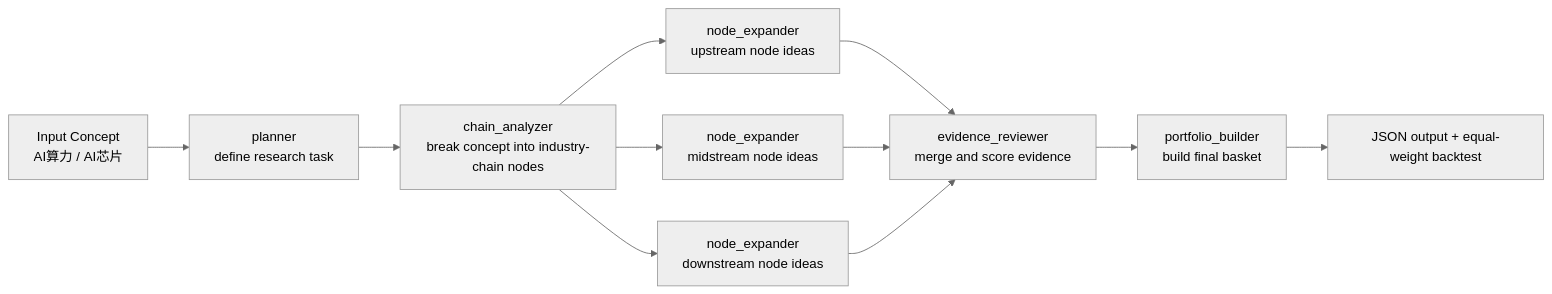
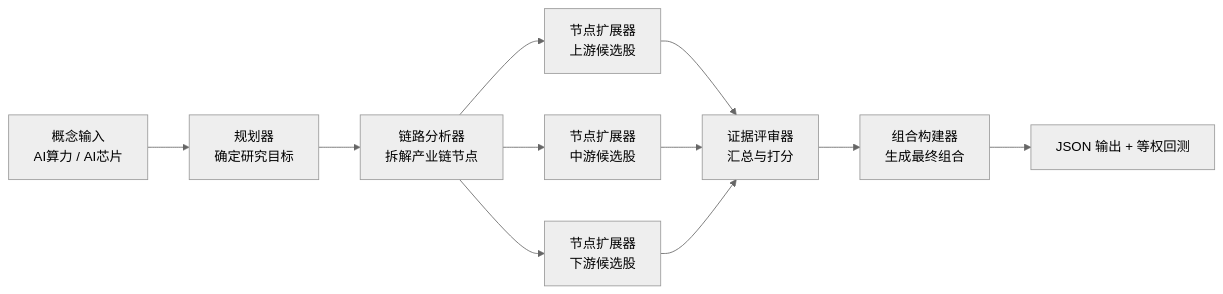
Before and after one commit to xinpipi-ai/concept-stock-agent: the diagram in README.md, drawn with Mermaid (neutral theme). The commit also changed other lines of this file and 1 other file, not shown here.

````diff
--- a/README.md
+++ b/README.md
@@ -27,13 +26,13 @@
 ```mermaid
 flowchart LR
-    A["Input Concept<br/>AI算力 / AI芯片"] --> B["planner<br/>define research task"]
-    B --> C["chain_analyzer<br/>break concept into industry-chain nodes"]
-    C --> D1["node_expander<br/>upstream node ideas"]
-    C --> D2["node_expander<br/>midstream node ideas"]
-    C --> D3["node_expander<br/>downstream node ideas"]
-    D1 --> E["evidence_reviewer<br/>merge and score evidence"]
+    A["概念输入<br/>AI算力 / AI芯片"] --> B["规划器<br/>确定研究目标"]
+    B --> C["链路分析器<br/>拆解产业链节点"]
+    C --> D1["节点扩展器<br/>上游候选股"]
+    C --> D2["节点扩展器<br/>中游候选股"]
+    C --> D3["节点扩展器<br/>下游候选股"]
+    D1 --> E["证据评审器<br/>汇总与打分"]
     D2 --> E
     D3 --> E
-    E --> F["portfolio_builder<br/>build final basket"]
-    F --> G["JSON output + equal-weight backtest"]
+    E --> F["组合构建器<br/>生成最终组合"]
+    F --> G["JSON 输出 + 等权回测"]
 ```
````
